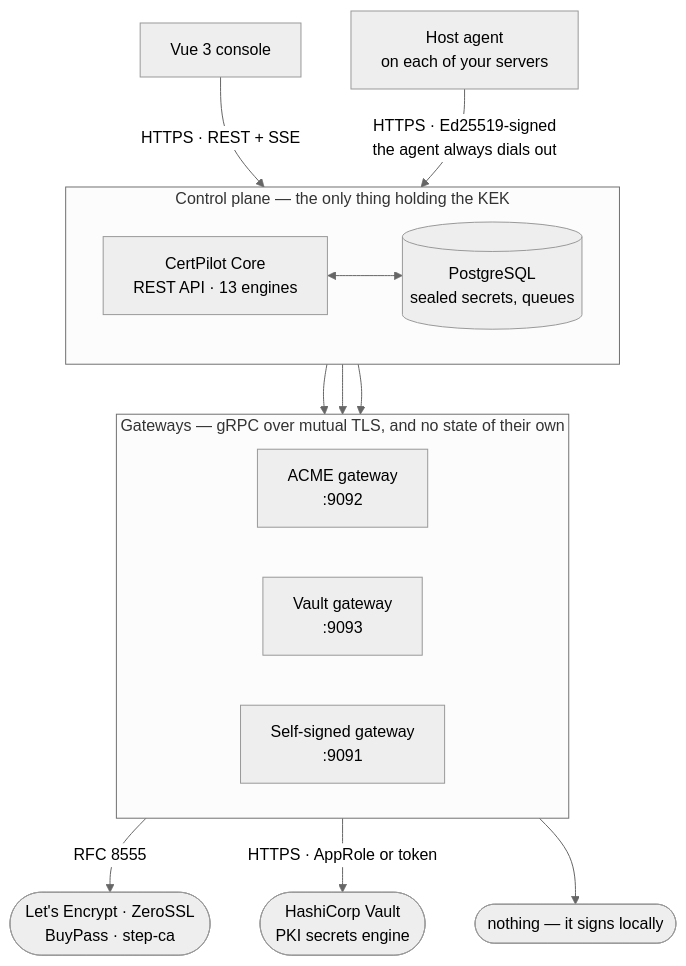
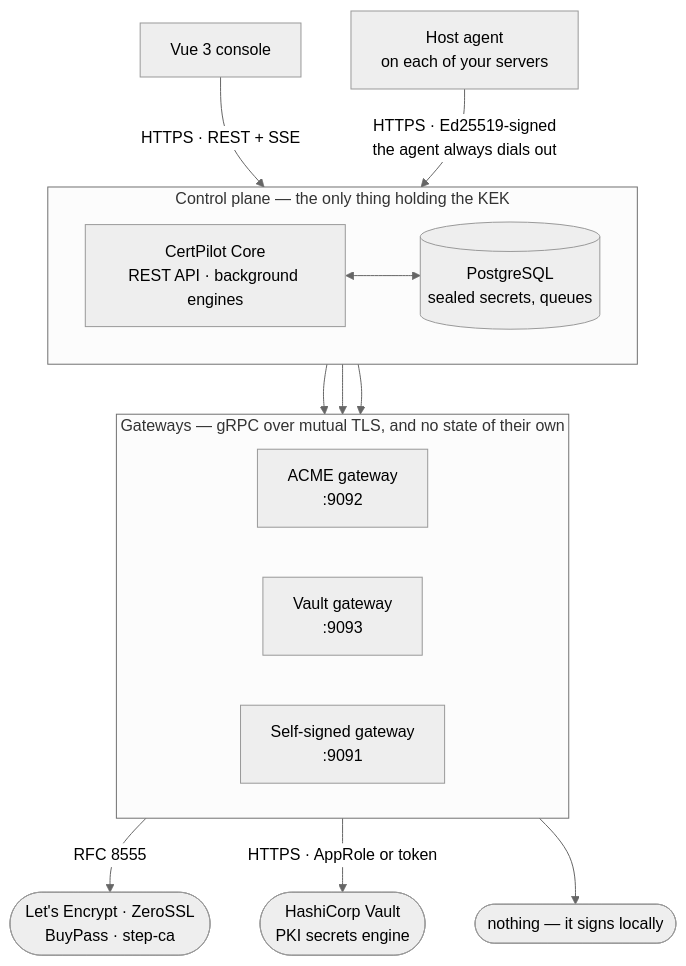
Before and after one commit to certpilot/certpilot: the first of 4 diagrams in docs/architecture.md, drawn with Mermaid (neutral theme). The commit also changed 3 other files, not shown here.

````diff
--- a/docs/architecture.md
+++ b/docs/architecture.md
@@ -5,30 +5,30 @@
 ```mermaid
 flowchart TB
     UI["Vue 3 console"]
     AGENT["Host agent<br/>on each of your servers"]
 
     UI -->|"HTTPS · REST + SSE"| CORE
     AGENT -->|"HTTPS · Ed25519-signed<br/>the agent always dials out"| CORE
 
     subgraph plane["Control plane — the only thing holding the KEK"]
         direction LR
-        CORE["CertPilot Core<br/>REST API · 13 engines"]
+        CORE["CertPilot Core<br/>REST API · background engines"]
         DB[("PostgreSQL<br/>sealed secrets, queues")]
         CORE <--> DB
     end
 
     subgraph gws["Gateways — gRPC over mutual TLS, and no state of their own"]
         direction LR
         ACME["ACME gateway<br/>:9092"]
         VAULT["Vault gateway<br/>:9093"]
         SELF["Self-signed gateway<br/>:9091"]
     end
 
     CORE --> ACME
     CORE --> VAULT
     CORE --> SELF
 
     ACME -->|"RFC 8555"| PUBCA(["Let's Encrypt · ZeroSSL<br/>BuyPass · step-ca"])
     VAULT -->|"HTTPS · AppRole or token"| HCV(["HashiCorp Vault<br/>PKI secrets engine"])
     SELF --> LOCAL(["nothing — it signs locally"])
 ```
````
